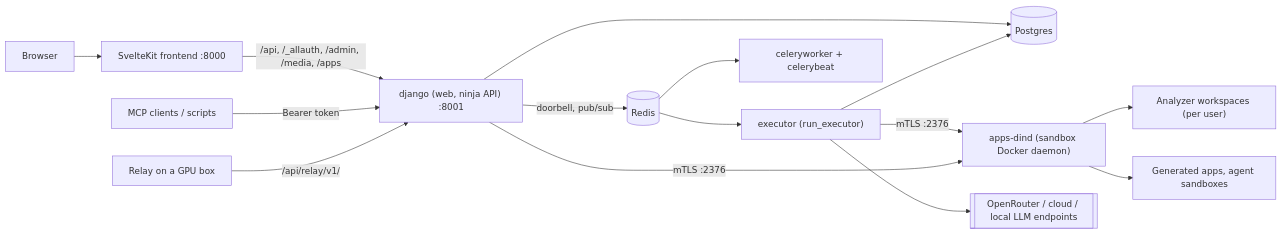
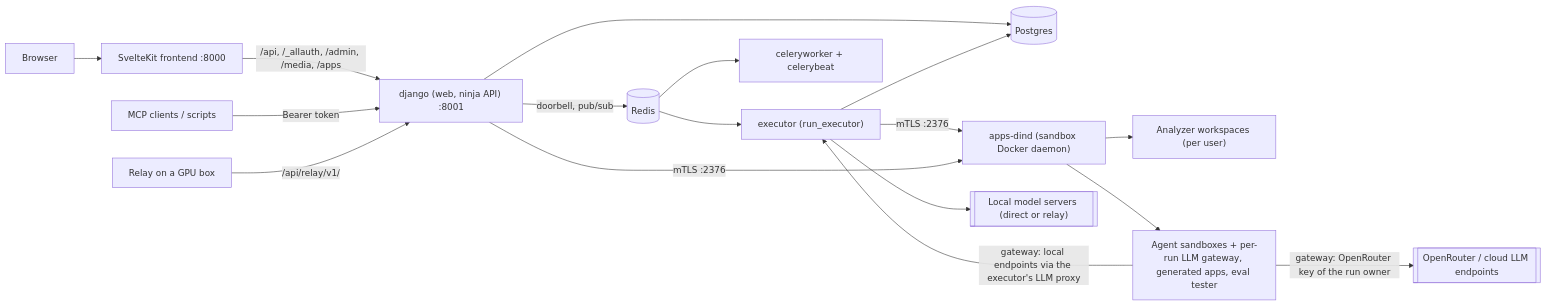
One commit to GrabowMar/AutoLLM_Code_Analyzer_rework changed the diagram in docs/ARCHITECTURE.md. Above: the diagram before and after it, drawn with Mermaid. The commit also changed other lines of this file and 2828 other files, not shown here.

````diff
--- a/docs/ARCHITECTURE.md
+++ b/docs/ARCHITECTURE.md
@@ -7,17 +7,19 @@
 ```mermaid
 flowchart LR
     B[Browser] --> FE["SvelteKit frontend :8000"]
     FE -->|"/api, /_allauth, /admin, /media, /apps"| DJ["django (web, ninja API) :8001"]
     MC["MCP clients / scripts"] -->|"Bearer token"| DJ
     RL["Relay on a GPU box"] -->|"/api/relay/v1/"| DJ
     DJ --> PG[(Postgres)]
     DJ -->|"doorbell, pub/sub"| RD[(Redis)]
     EX["executor (run_executor)"] --> PG
     RD --> EX
     RD --> CW["celeryworker + celerybeat"]
     EX -->|"mTLS :2376"| DK["apps-dind (sandbox Docker daemon)"]
     DJ -->|"mTLS :2376"| DK
     DK --> AW["Analyzer workspaces (per user)"]
-    DK --> SA["Generated apps, agent sandboxes"]
-    EX --> OR[["OpenRouter / cloud / local LLM endpoints"]]
+    DK --> SA["Agent sandboxes + per-run LLM gateway, generated apps, eval tester"]
+    SA -->|"gateway: OpenRouter key of the run owner"| OR[["OpenRouter / cloud LLM endpoints"]]
+    SA -->|"gateway: local endpoints via the executor's LLM proxy"| EX
+    EX --> LM[["Local model servers (direct or relay)"]]
 ```
````
